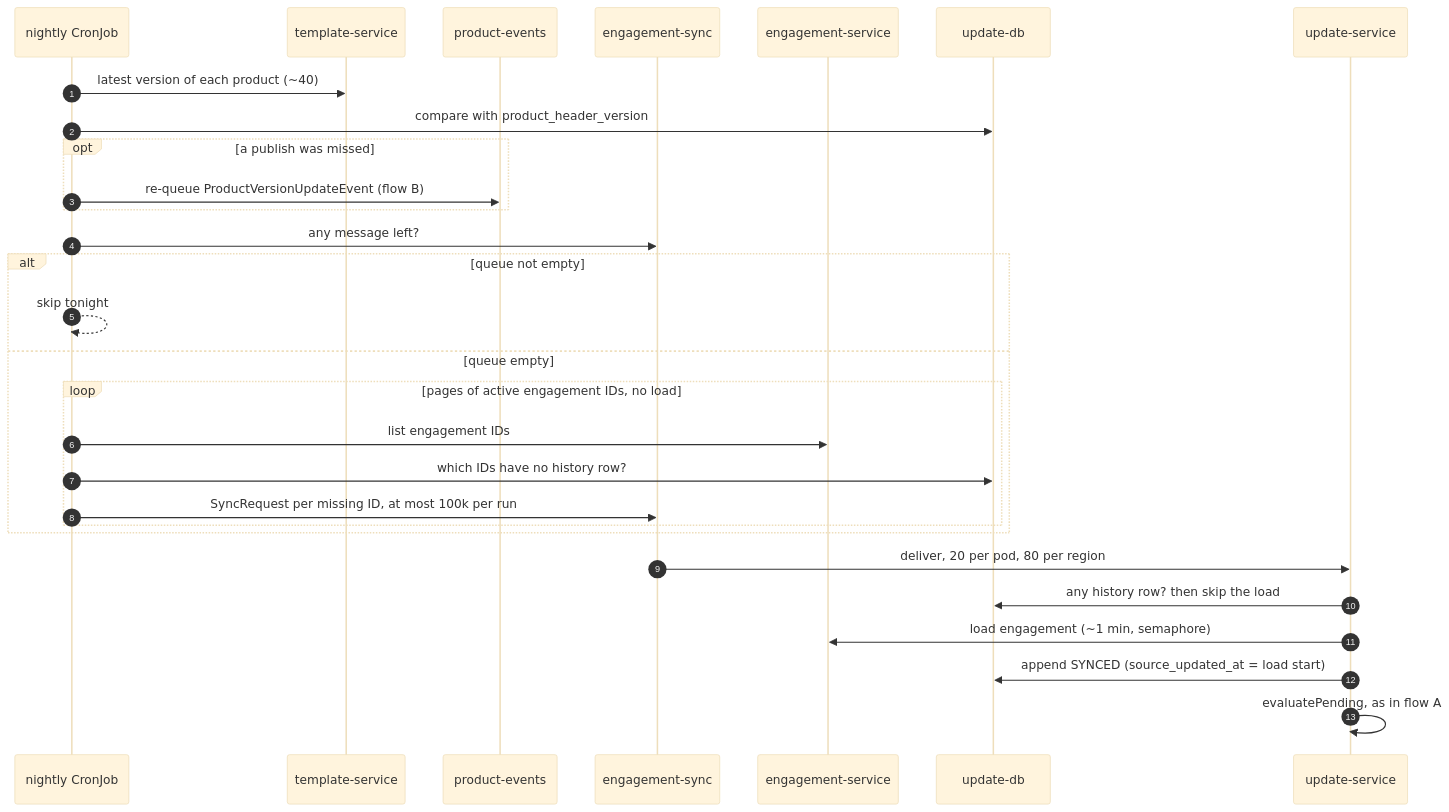
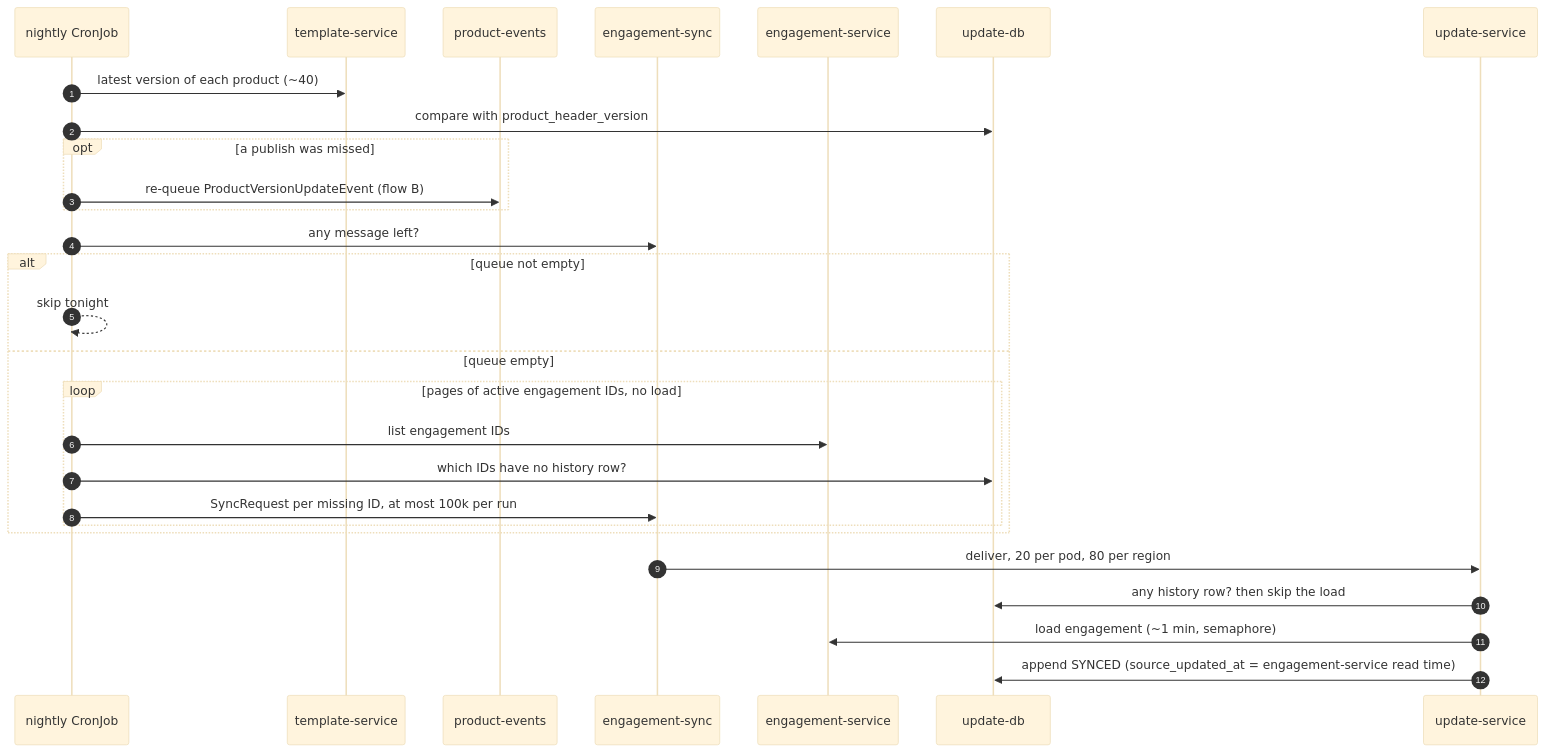
One commit to fdesbois/caseware-take-home changed the third of 3 diagrams in DESIGN.md. Above: the diagram before and after it, drawn with Mermaid (base theme). The commit also changed other lines of this file, not shown here.

````diff
--- a/DESIGN.md
+++ b/DESIGN.md
@@ -155,31 +154,30 @@
 ```mermaid
 sequenceDiagram
   autonumber
   participant CJ as nightly CronJob
   participant TS as template-service
   participant QP as product-events
   participant QS as engagement-sync
   participant ES as engagement-service
   participant DB as update-db
   participant UP as update-service
   CJ->>TS: latest version of each product (~40)
   CJ->>DB: compare with product_header_version
   opt a publish was missed
     CJ->>QP: re-queue ProductVersionUpdateEvent (flow B)
   end
   CJ->>QS: any message left?
   alt queue not empty
     CJ-->>CJ: skip tonight
   else queue empty
     loop pages of active engagement IDs, no load
       CJ->>ES: list engagement IDs
       CJ->>DB: which IDs have no history row?
       CJ->>QS: SyncRequest per missing ID, at most 100k per run
     end
   end
   QS->>UP: deliver, 20 per pod, 80 per region
   UP->>DB: any history row? then skip the load
   UP->>ES: load engagement (~1 min, semaphore)
-  UP->>DB: append SYNCED (source_updated_at = load start)
-  UP->>UP: evaluatePending, as in flow A
+  UP->>DB: append SYNCED (source_updated_at = engagement-service read time)
 ```
````
